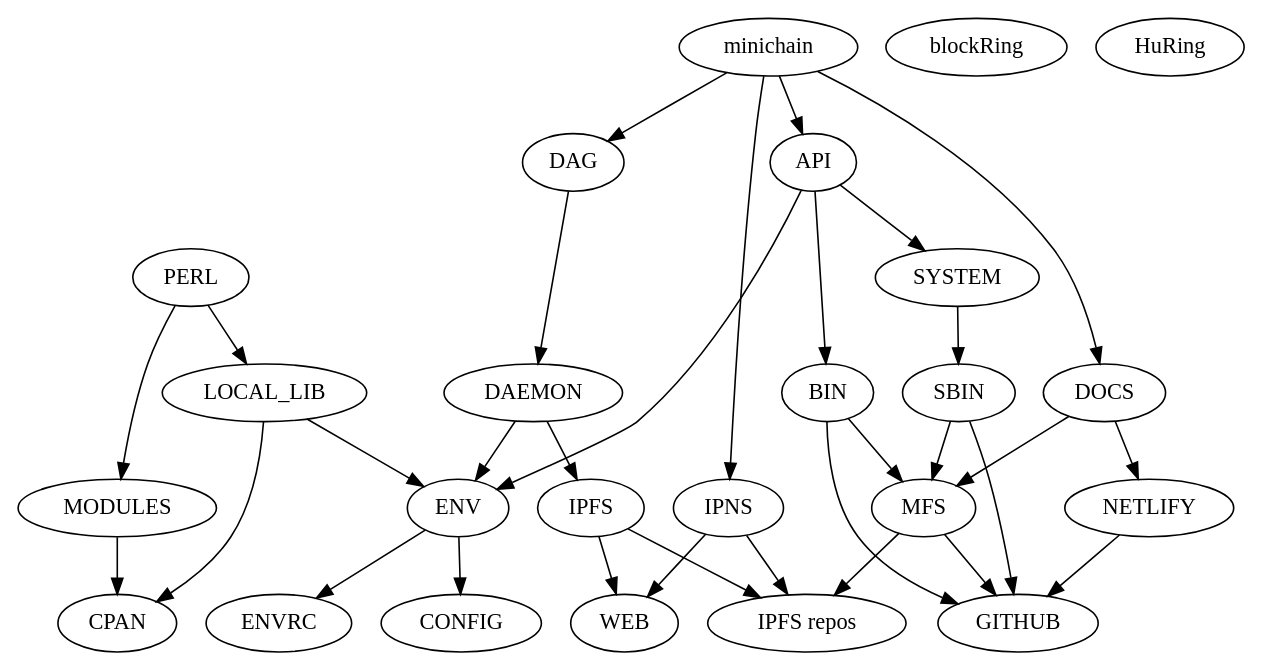
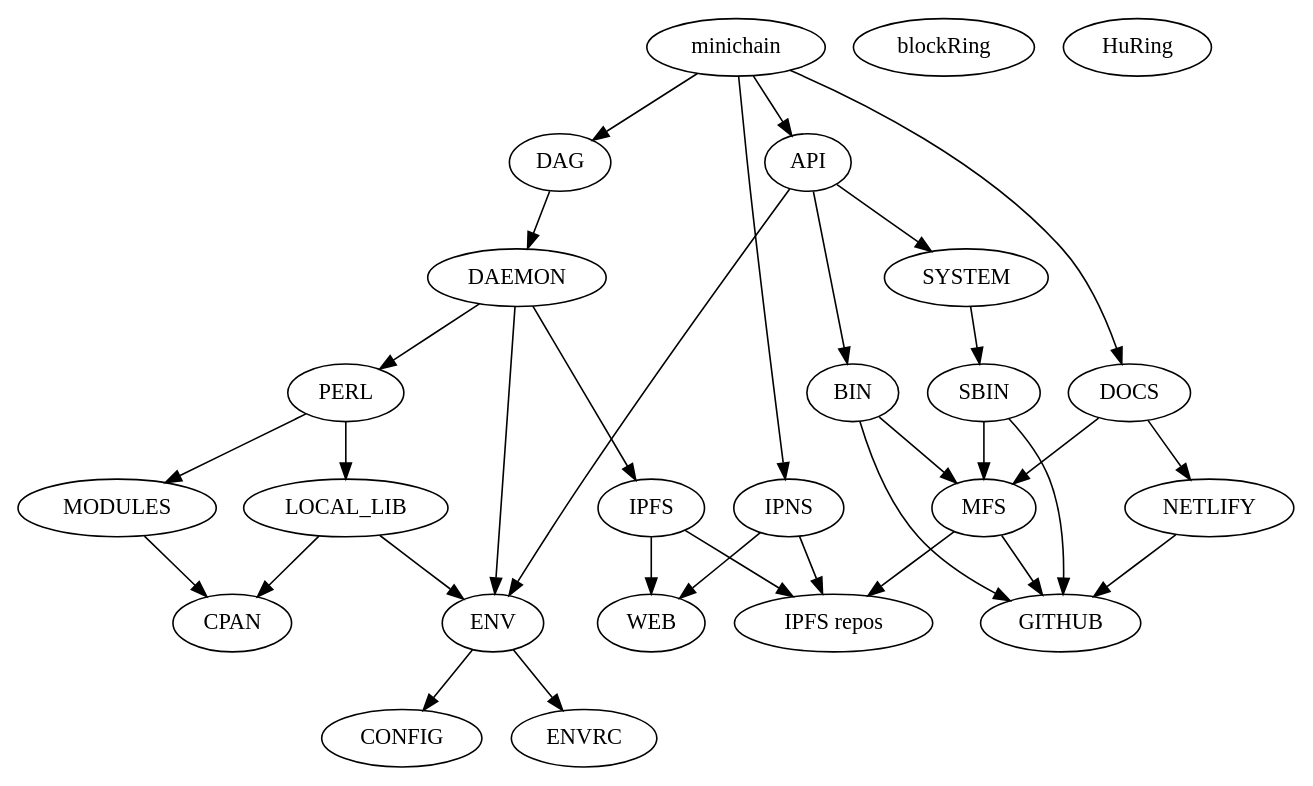
The diagram in deps.dot (GradualQuanta/minichain), drawn with Graphviz before and after one commit. The commit also changed 2 other files, not shown here.

Commit message:
added perl dependency

```diff
--- a/deps.dot
+++ b/deps.dot
@@ -1,35 +1,35 @@
 // partir de ce que l'on veut au lieu de ce que l'on a !
 
 digraph IRP {
 
    minichain -> { DAG, IPNS, API, DOCS }
 
    API -> { BIN, SYSTEM, ENV }
    DAG -> DAEMON
    SYSTEM -> SBIN 
 
    { BIN, SBIN } -> { GITHUB, MFS }
    DOCS -> { MFS, NETLIFY }
    NETLIFY -> GITHUB
 
    PERL -> { LOCAL_LIB, MODULES }
    LOCAL_LIB -> { CPAN, ENV }
    MODULES -> CPAN
 
-   DAEMON -> { IPFS, ENV }
+   DAEMON -> { IPFS, ENV, PERL }
    { IPFS, IPNS }  -> { WEB, DIST }
    { MFS } -> { GITHUB, DIST }
 
    ENV -> { CONFIG, ENVRC }
 
   DIST [label="IPFS repos"]
 
   { rank=same; minichain, blockRing, HuRing }
   { rank=same; CPAN, GITHUB, WEB, DIST }
 
 }
 
 // CACHE {
 // IPFS: Qm!#%^@$^
 // BRNG: Qm!36236
 // }
```
